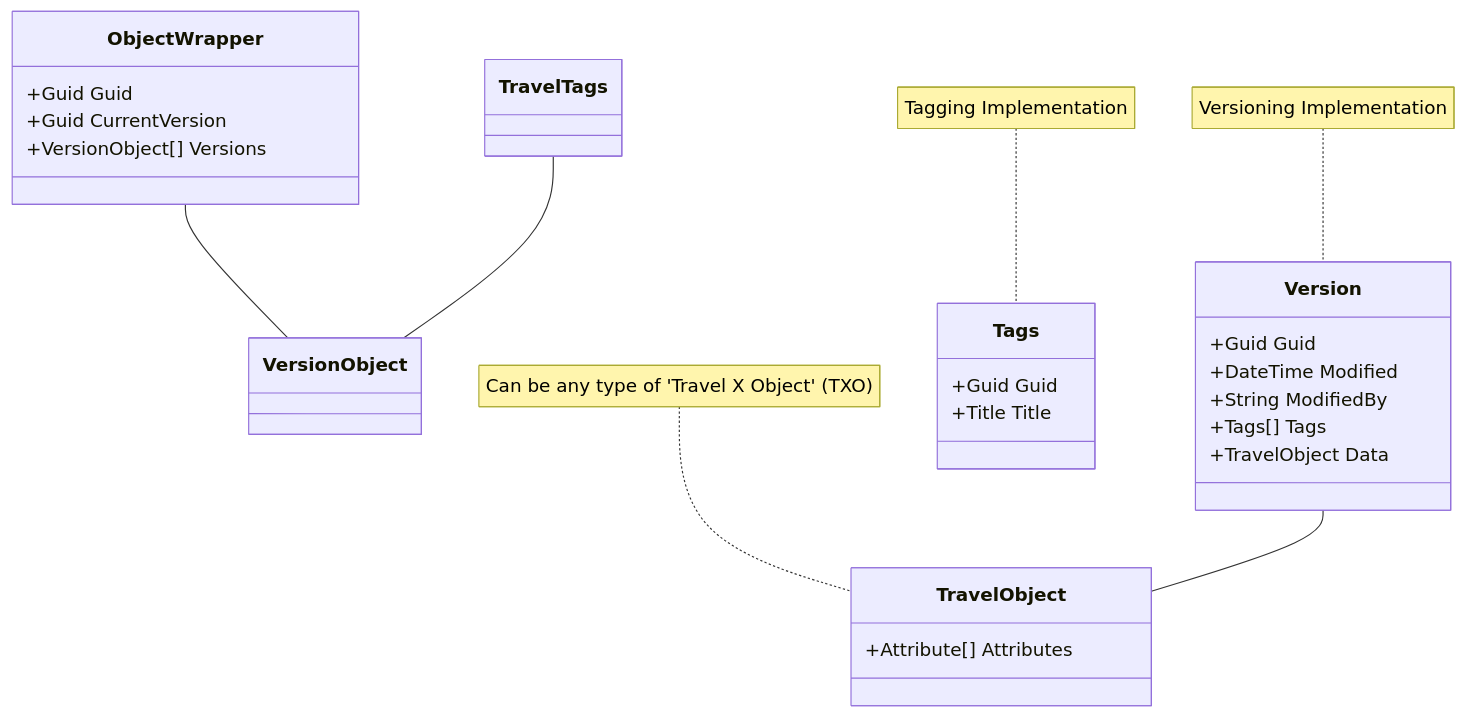
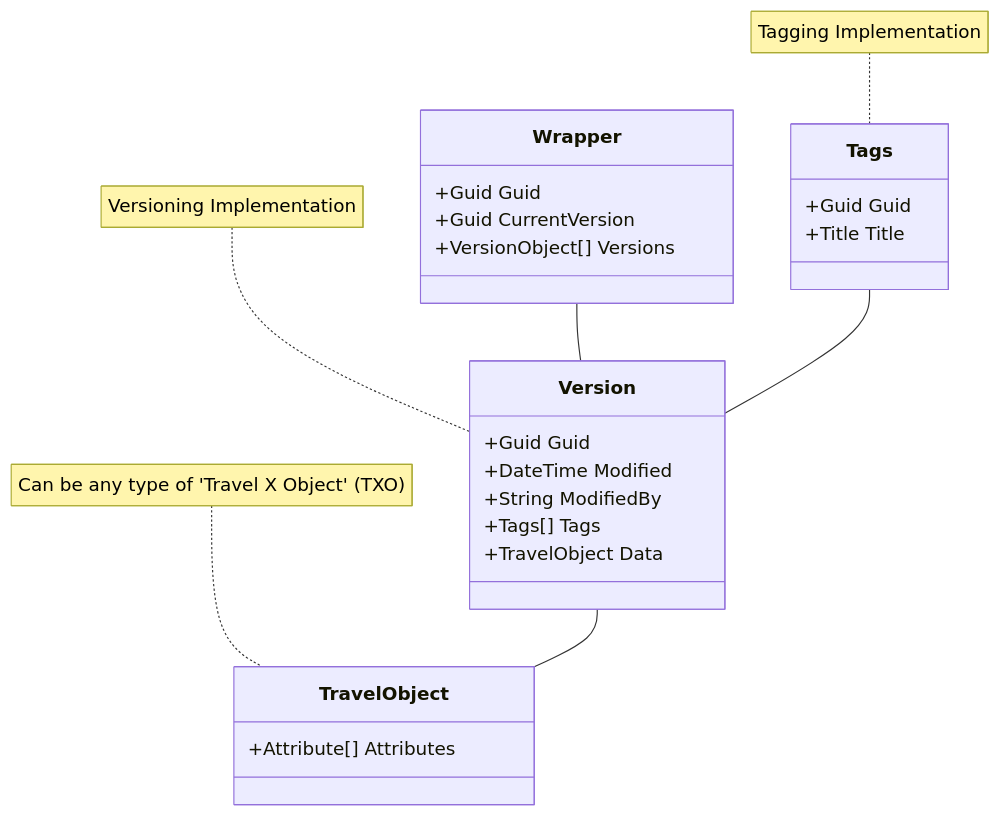
The diagram in Travel Object TO.md (OSSTRA/TXDM), drawn with Mermaid before and after one commit.

Commit message:
Update Travel Object TO.md

````diff
--- a/Travel Object TO.md
+++ b/Travel Object TO.md
@@ -14,28 +14,28 @@
 ```mermaid
 classDiagram
-ObjectWrapper -- VersionObject
-TravelTags -- VersionObject
+Wrapper -- Version
+Tags -- Version
 Version -- TravelObject
-    class ObjectWrapper{
+    class Wrapper{
       +Guid Guid
       +Guid CurrentVersion
       +VersionObject[] Versions
     }
     class Version{
       +Guid Guid
       +DateTime Modified
       +String ModifiedBy
       +Tags[] Tags
       +TravelObject Data
     }
     class Tags{
         +Guid Guid
         +Title Title
     }
     class TravelObject{
         +Attribute[] Attributes
     }
     note for Version "Versioning Implementation"
     note for Tags "Tagging Implementation"
     note for TravelObject "Can be any type of 'Travel X Object' (TXO)"
 ```
````
